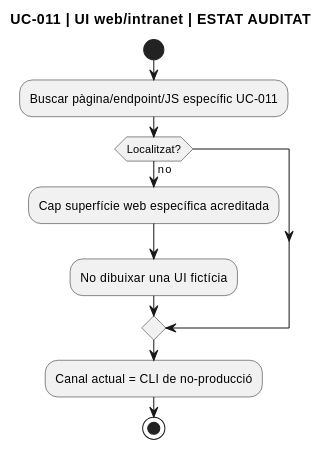
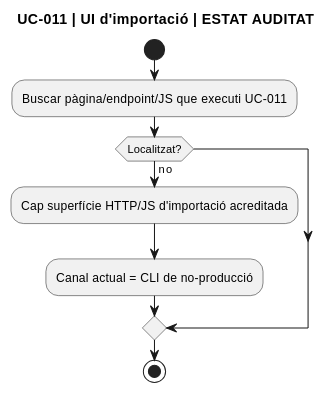
One commit to orgmeriemprismacat-del/verifactu changed the sixth of 7 diagrams in documentacio/07-uml-integrat/uc-011-activitats-actual-final.md. Above: the diagram before and after it, drawn with PlantUML. The commit also changed other lines of this file, not shown here.

```diff
--- a/documentacio/07-uml-integrat/uc-011-activitats-actual-final.md
+++ b/documentacio/07-uml-integrat/uc-011-activitats-actual-final.md
@@ -131,13 +175,12 @@
 ~~~plantuml
 @startuml
-title UC-011 | UI web/intranet | ESTAT AUDITAT
+title UC-011 | UI d'importació | ESTAT AUDITAT
 start
-:Buscar pàgina/endpoint/JS específic UC-011;
+:Buscar pàgina/endpoint/JS que executi UC-011;
 if (Localitzat?) then (no)
-  :Cap superfície web específica acreditada;
-  :No dibuixar una UI fictícia;
+  :Cap superfície HTTP/JS d'importació acreditada;
+  :Canal actual = CLI de no-producció;
 endif
-:Canal actual = CLI de no-producció;
 stop
 @enduml
 ~~~
```
